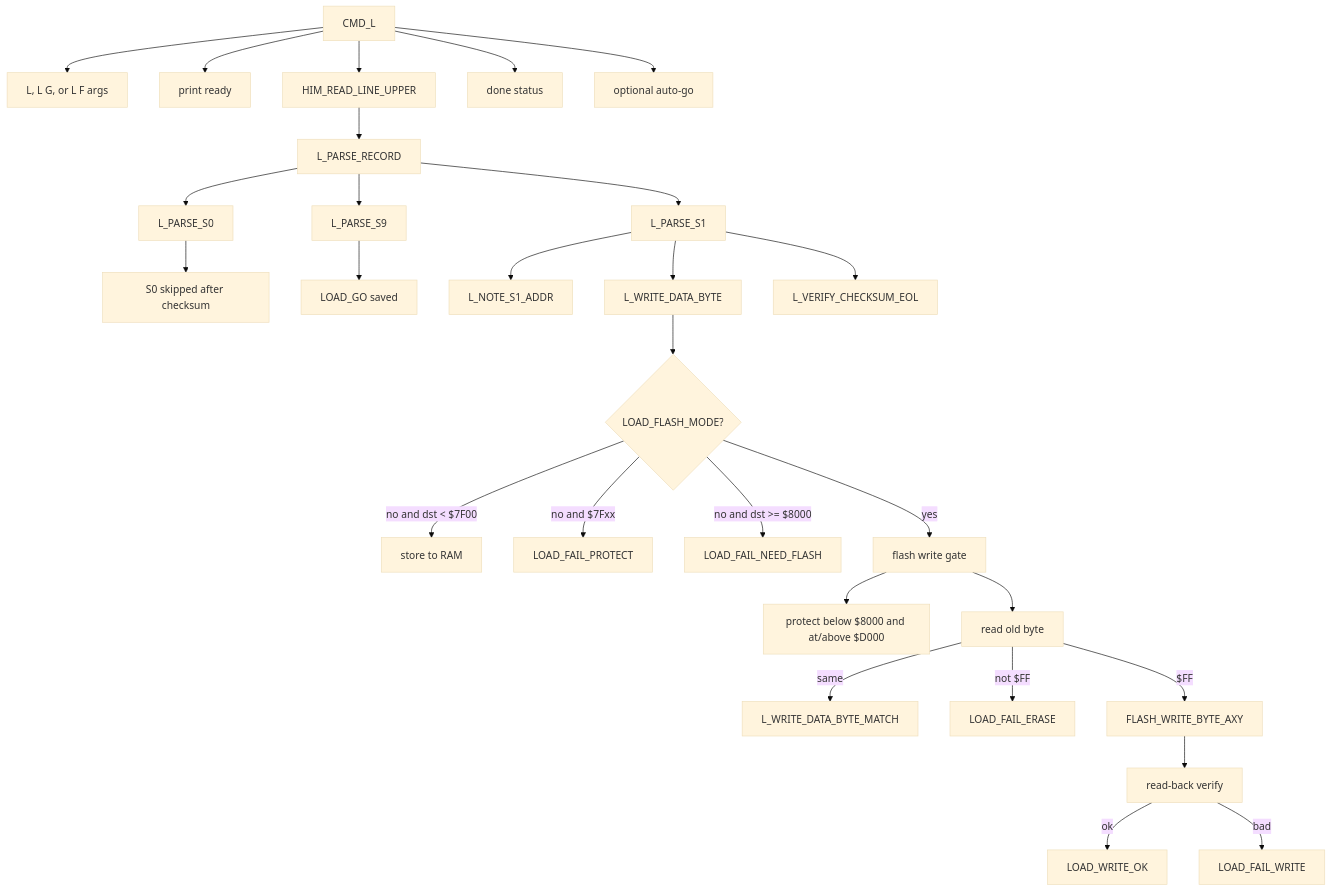
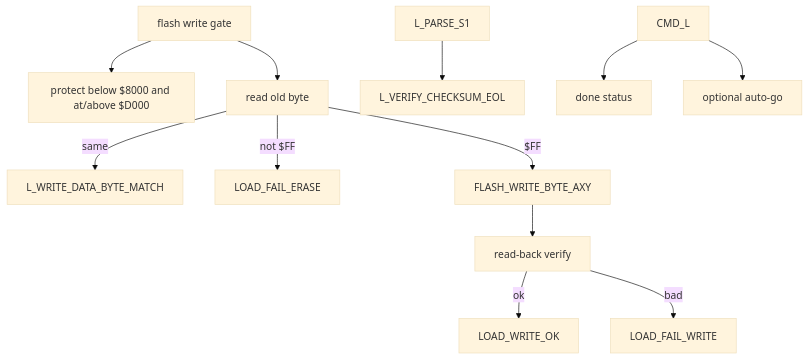
Diagram 12 of 18 in DOC/GUIDES/HIMON/HIMON_MAP.md (95westus/R-YORS), drawn with Mermaid (base theme) before and after one commit. The commit also changed other lines of this file and 59 other files, not shown here.

````diff
--- a/DOC/GUIDES/HIMON/HIMON_MAP.md
+++ b/DOC/GUIDES/HIMON/HIMON_MAP.md
@@ -152,34 +209,14 @@
 ```mermaid
 flowchart TD
-    L[CMD_L] --> ARGS[L, L G, or L F args]
-    L --> READY[print ready]
-    L --> READ[HIM_READ_LINE_UPPER]
-    READ --> PARSE[L_PARSE_RECORD]
-
-    PARSE --> S0[L_PARSE_S0]
-    PARSE --> S1[L_PARSE_S1]
-    PARSE --> S9[L_PARSE_S9]
-    S0 --> SKIP[S0 skipped after checksum]
-    S9 --> GOSAVE[LOAD_GO saved]
-
-    S1 --> NOTE[L_NOTE_S1_ADDR]
-    S1 --> WRITE[L_WRITE_DATA_BYTE]
-    WRITE --> RAM{LOAD_FLASH_MODE?}
-    RAM -->|no and dst < $7F00| RAMWRITE[store to RAM]
-    RAM -->|no and $7Fxx| RAMPROTECT[LOAD_FAIL_PROTECT]
-    RAM -->|no and dst >= $8000| NEEDF[LOAD_FAIL_NEED_FLASH]
-    RAM -->|yes| FLASHGATE[flash write gate]
-
-    FLASHGATE --> PROTECT[protect below $8000 and at/above $D000]
+    FLASHGATE[flash write gate] --> PROTECT[protect below $8000 and at/above $D000]
     FLASHGATE --> OLD[read old byte]
     OLD -->|same| MATCH[L_WRITE_DATA_BYTE_MATCH]
     OLD -->|not $FF| ERASE[LOAD_FAIL_ERASE]
     OLD -->|$FF| FLASHWRITE[FLASH_WRITE_BYTE_AXY]
     FLASHWRITE --> VERIFY[read-back verify]
     VERIFY -->|ok| WROTE[LOAD_WRITE_OK]
     VERIFY -->|bad| WFAIL[LOAD_FAIL_WRITE]
-
-    S1 --> CHK[L_VERIFY_CHECKSUM_EOL]
-    L --> DONE[done status]
+    S1[L_PARSE_S1] --> CHK[L_VERIFY_CHECKSUM_EOL]
+    L[CMD_L] --> DONE[done status]
     L --> AUTOGO[optional auto-go]
 ```
````
